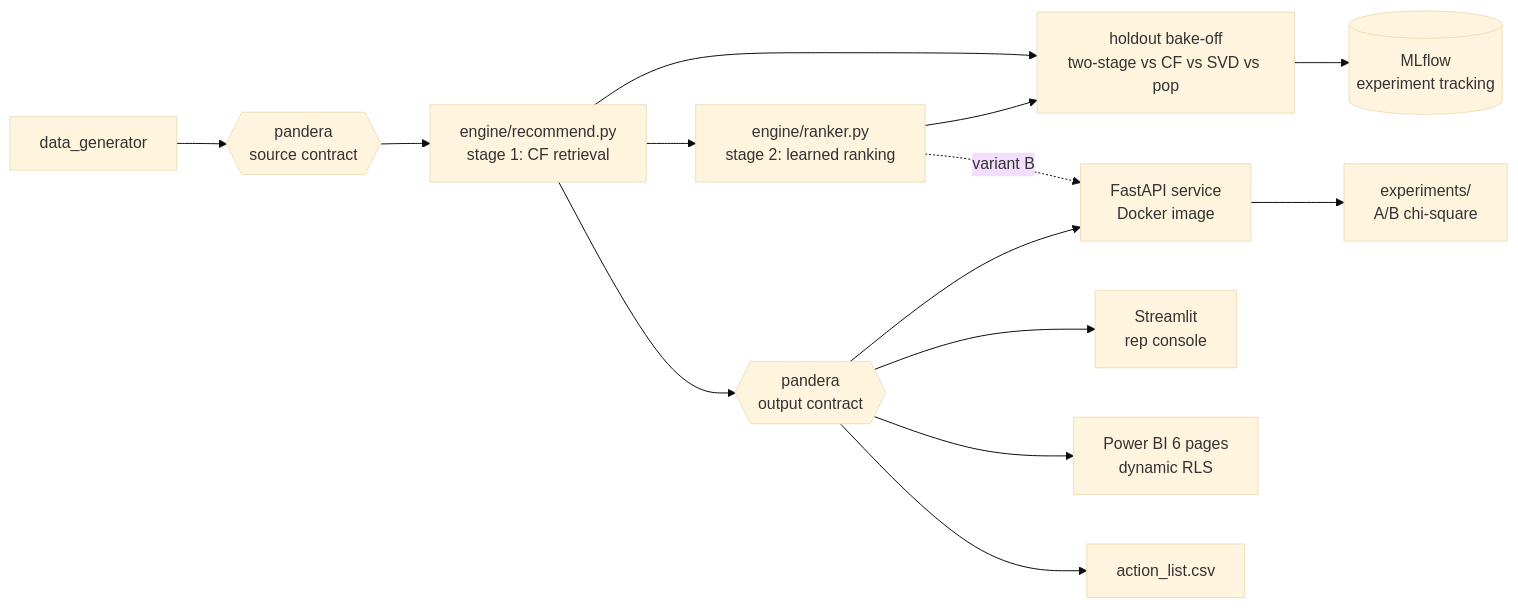
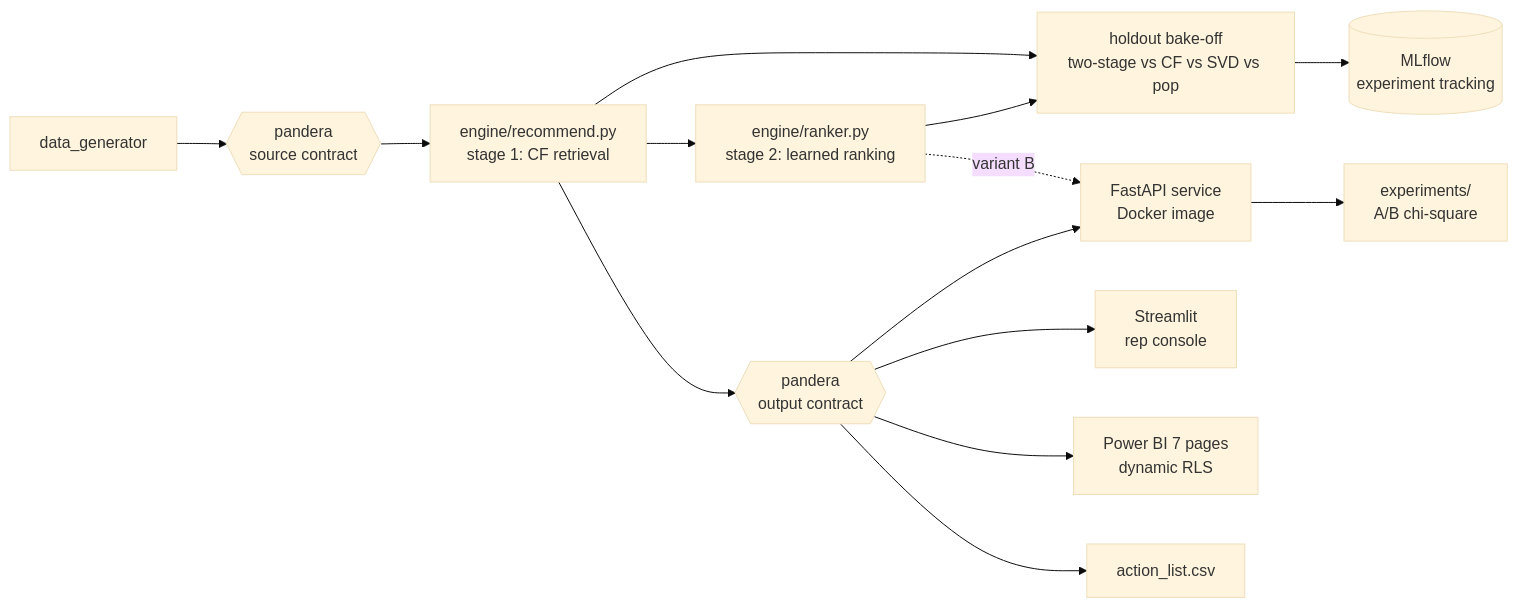
The diagram in README.md (KushPatel29/Customer-Recommendation-Engine), drawn with Mermaid (base theme) before and after one commit. The commit also changed other lines of this file and 19 other files, not shown here.

````diff
--- a/README.md
+++ b/README.md
@@ -42,16 +42,16 @@
 ```mermaid
 flowchart LR
     GEN[data_generator] --> CONTRACT1{{pandera<br/>source contract}}
     CONTRACT1 --> ENG[engine/recommend.py<br/>stage 1: CF retrieval]
     ENG --> RANK[engine/ranker.py<br/>stage 2: learned ranking]
     ENG --> EVAL[holdout bake-off<br/>two-stage vs CF vs SVD vs pop]
     RANK --> EVAL
     EVAL --> MLF[(MLflow<br/>experiment tracking)]
     RANK -.variant B.-> API
     API --> AB[experiments/<br/>A/B chi-square]
     ENG --> CONTRACT2{{pandera<br/>output contract}}
     CONTRACT2 --> API[FastAPI service<br/>Docker image]
     CONTRACT2 --> UI[Streamlit<br/>rep console]
-    CONTRACT2 --> PBI[Power BI 6 pages<br/>dynamic RLS]
+    CONTRACT2 --> PBI[Power BI 7 pages<br/>dynamic RLS]
     CONTRACT2 --> CSV[action_list.csv]
 ```
````
